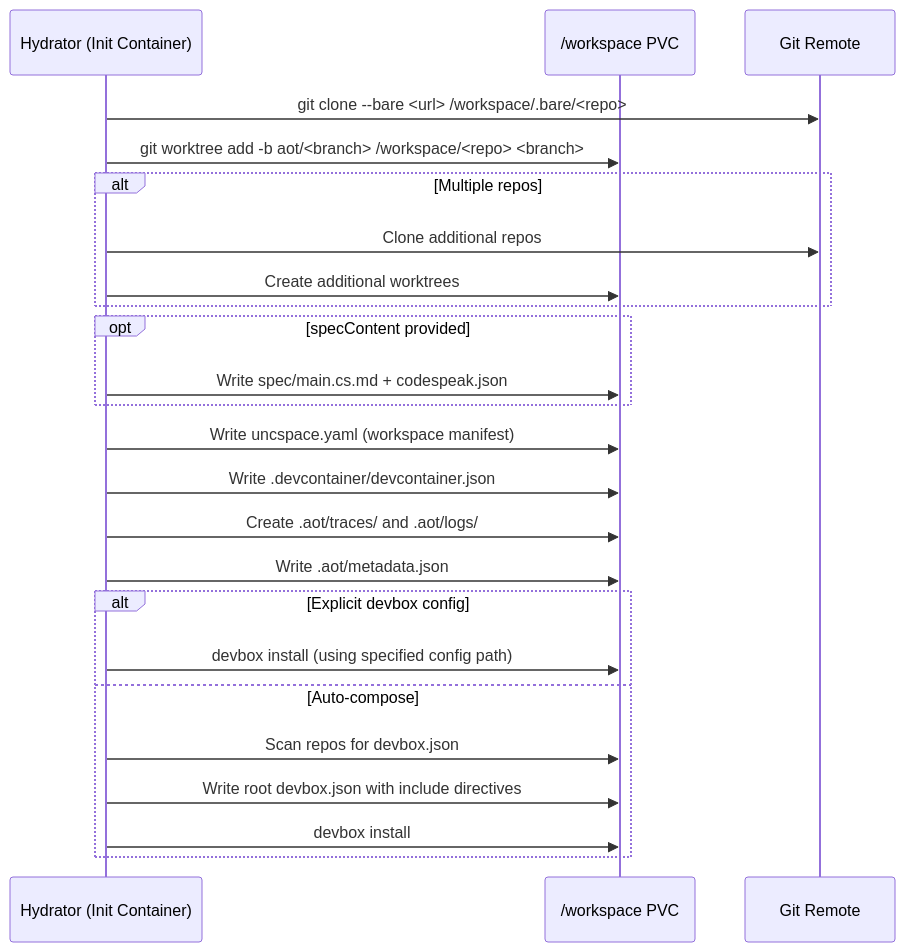
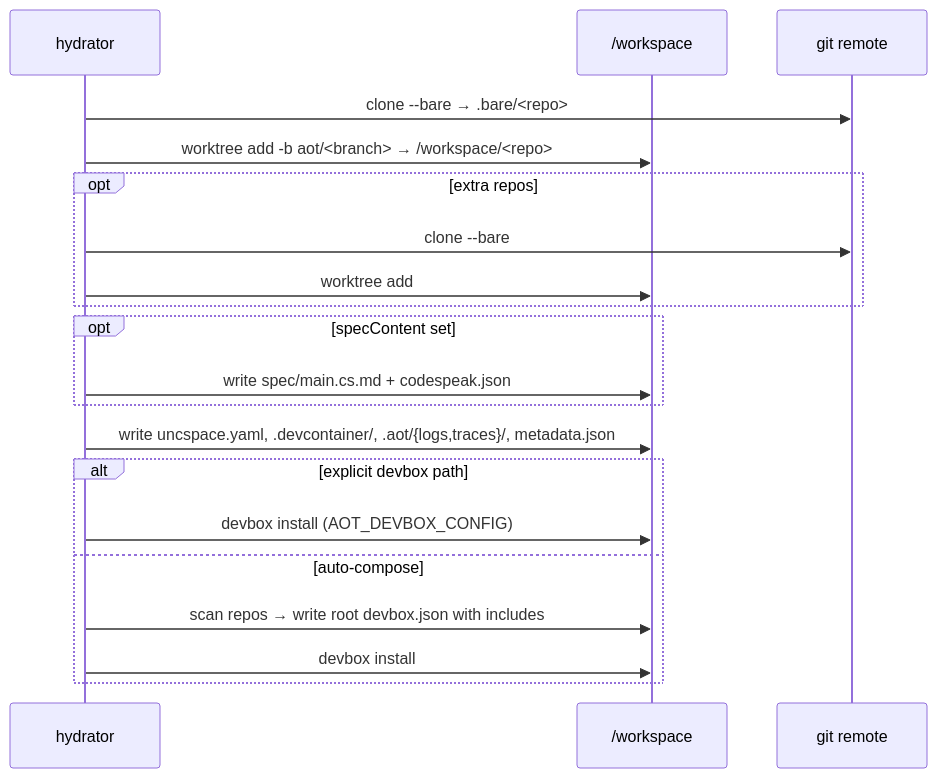
The diagram in docs/architecture/workspace.md (ross-corp/uncworks), drawn with Mermaid before and after one commit. The commit also changed other lines of this file and 17 other files, not shown here.

````diff
--- a/docs/architecture/workspace.md
+++ b/docs/architecture/workspace.md
@@ -56,31 +37,23 @@
 ```mermaid
 sequenceDiagram
-    participant H as Hydrator (Init Container)
-    participant PVC as /workspace PVC
-    participant Git as Git Remote
+    participant H as hydrator
+    participant PVC as /workspace
+    participant Git as git remote
 
-    H->>Git: git clone --bare <url> /workspace/.bare/<repo>
-    H->>PVC: git worktree add -b aot/<branch> /workspace/<repo> <branch>
-
-    alt Multiple repos
-        H->>Git: Clone additional repos
-        H->>PVC: Create additional worktrees
+    H->>Git: clone --bare → .bare/<repo>
+    H->>PVC: worktree add -b aot/<branch> → /workspace/<repo>
+    opt extra repos
+        H->>Git: clone --bare
+        H->>PVC: worktree add
     end
-
-    opt specContent provided
-        H->>PVC: Write spec/main.cs.md + codespeak.json
+    opt specContent set
+        H->>PVC: write spec/main.cs.md + codespeak.json
     end
-
-    H->>PVC: Write uncspace.yaml (workspace manifest)
-    H->>PVC: Write .devcontainer/devcontainer.json
-    H->>PVC: Create .aot/traces/ and .aot/logs/
-    H->>PVC: Write .aot/metadata.json
-
-    alt Explicit devbox config
-        H->>PVC: devbox install (using specified config path)
-    else Auto-compose
-        H->>PVC: Scan repos for devbox.json
-        H->>PVC: Write root devbox.json with include directives
+    H->>PVC: write uncspace.yaml, .devcontainer/, .aot/{logs,traces}/, metadata.json
+    alt explicit devbox path
+        H->>PVC: devbox install (AOT_DEVBOX_CONFIG)
+    else auto-compose
+        H->>PVC: scan repos → write root devbox.json with includes
         H->>PVC: devbox install
     end
 ```
````
